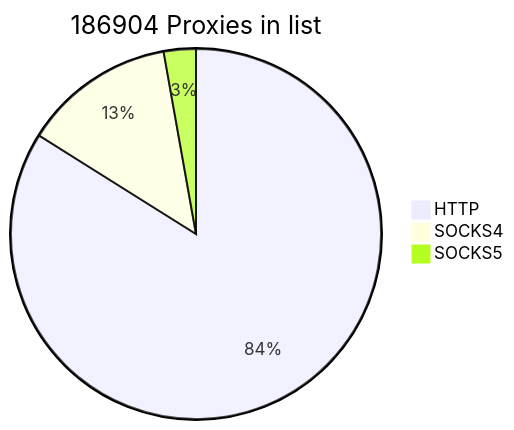
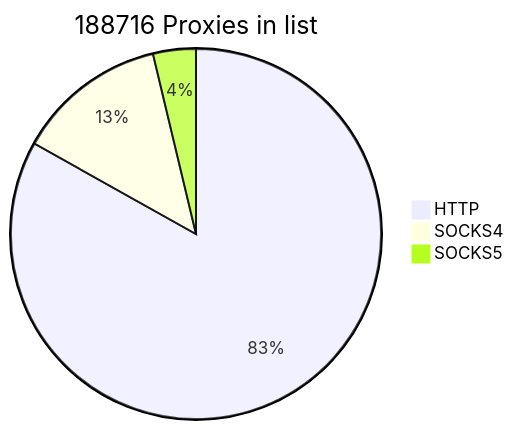
Before and after one commit to cutipu/proxylist: the first of 2 diagrams in README.md, drawn with Mermaid. The commit also changed other lines of this file, not shown here.

````diff
--- a/README.md
+++ b/README.md
@@ -2,7 +2,7 @@
 ```mermaid
-pie title 186904 Proxies in list
+pie title 188716 Proxies in list
     "HTTP" : 156849
     "SOCKS4" : 24817
-    "SOCKS5" : 5238
+    "SOCKS5" : 7050
             
 ```
````
